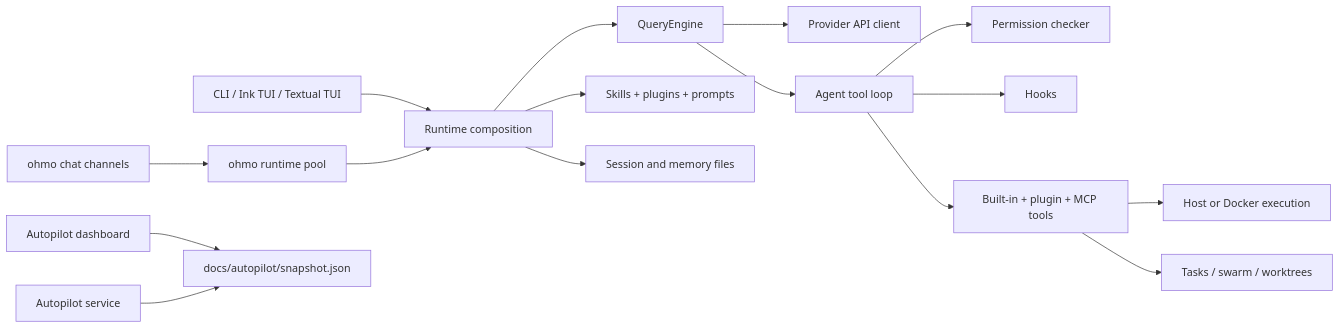
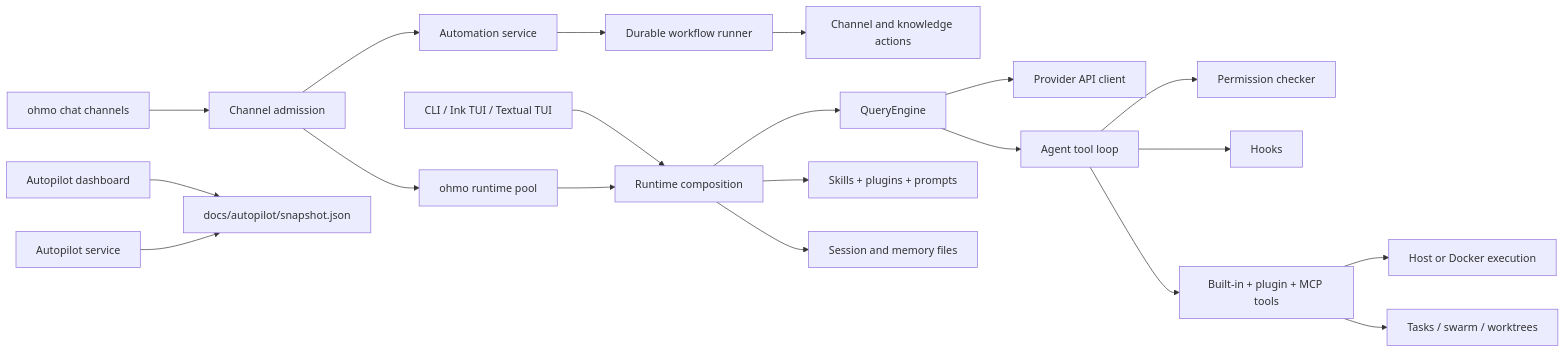
Before and after one commit to kevinwengh/OpenHarness: the diagram in docs/ARCHITECTURE.md, drawn with Mermaid. The commit also changed other lines of this file and 24 other files, not shown here.

Commit message:
feat: integrate ohmo automation workflows

````diff
--- a/docs/ARCHITECTURE.md
+++ b/docs/ARCHITECTURE.md
@@ -22,18 +22,22 @@
 ```mermaid
 flowchart LR
     User[CLI / Ink TUI / Textual TUI] --> Runtime[Runtime composition]
-    Chat[ohmo chat channels] --> Ohmo[ohmo runtime pool]
+    Chat[ohmo chat channels] --> Admission[Channel admission]
+    Admission --> Ohmo[ohmo runtime pool]
+    Admission --> Automation[Automation service]
+    Automation --> Workflow[Durable workflow runner]
+    Workflow --> Effects[Channel and knowledge actions]
     Ohmo --> Runtime
     Runtime --> Engine[QueryEngine]
     Engine --> Client[Provider API client]
     Engine --> Loop[Agent tool loop]
     Loop --> Permissions[Permission checker]
     Loop --> Hooks[Hooks]
     Loop --> Tools[Built-in + plugin + MCP tools]
     Tools --> Sandbox[Host or Docker execution]
     Runtime --> Skills[Skills + plugins + prompts]
     Runtime --> Sessions[Session and memory files]
     Tools --> Tasks[Tasks / swarm / worktrees]
     Dashboard[Autopilot dashboard] --> Snapshot[docs/autopilot/snapshot.json]
     Autopilot[Autopilot service] --> Snapshot
 ```
````
